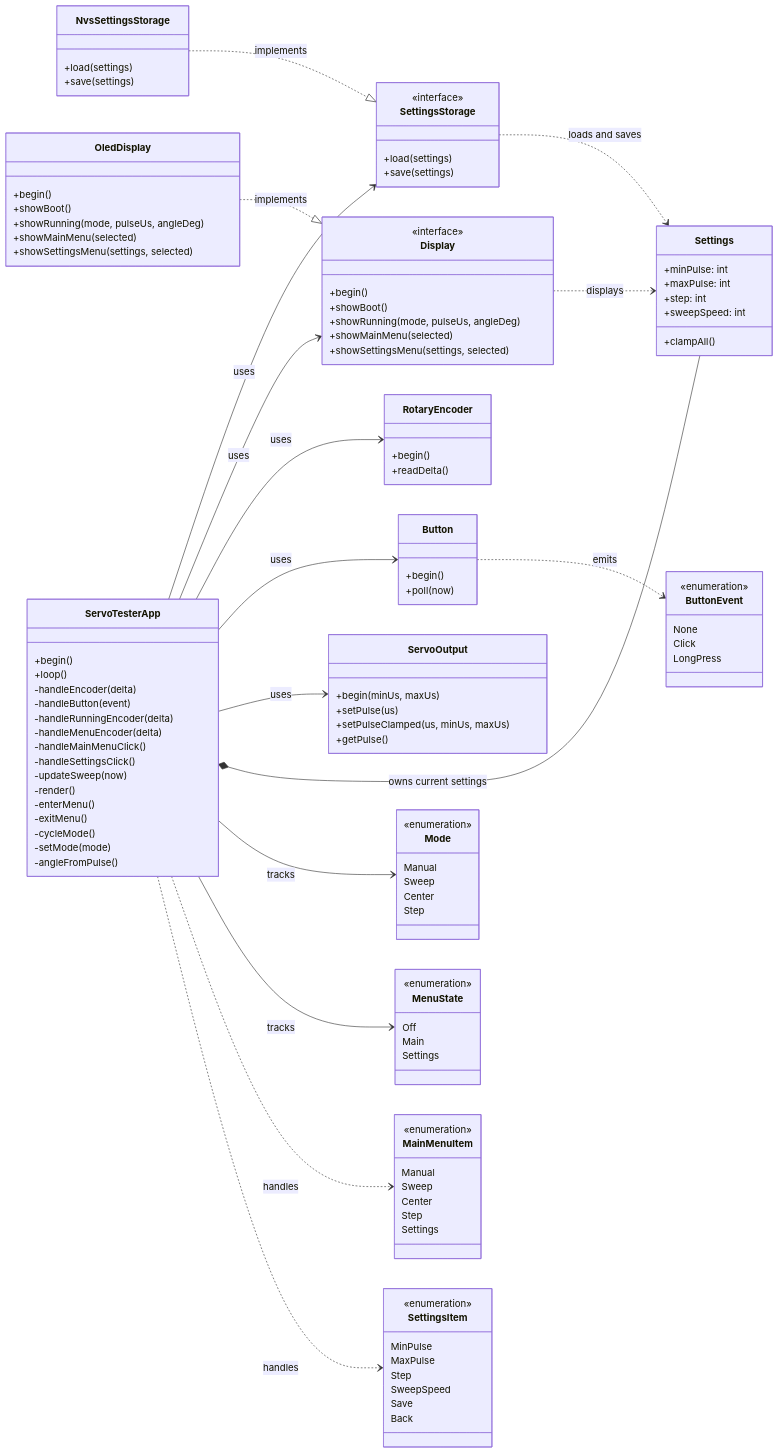
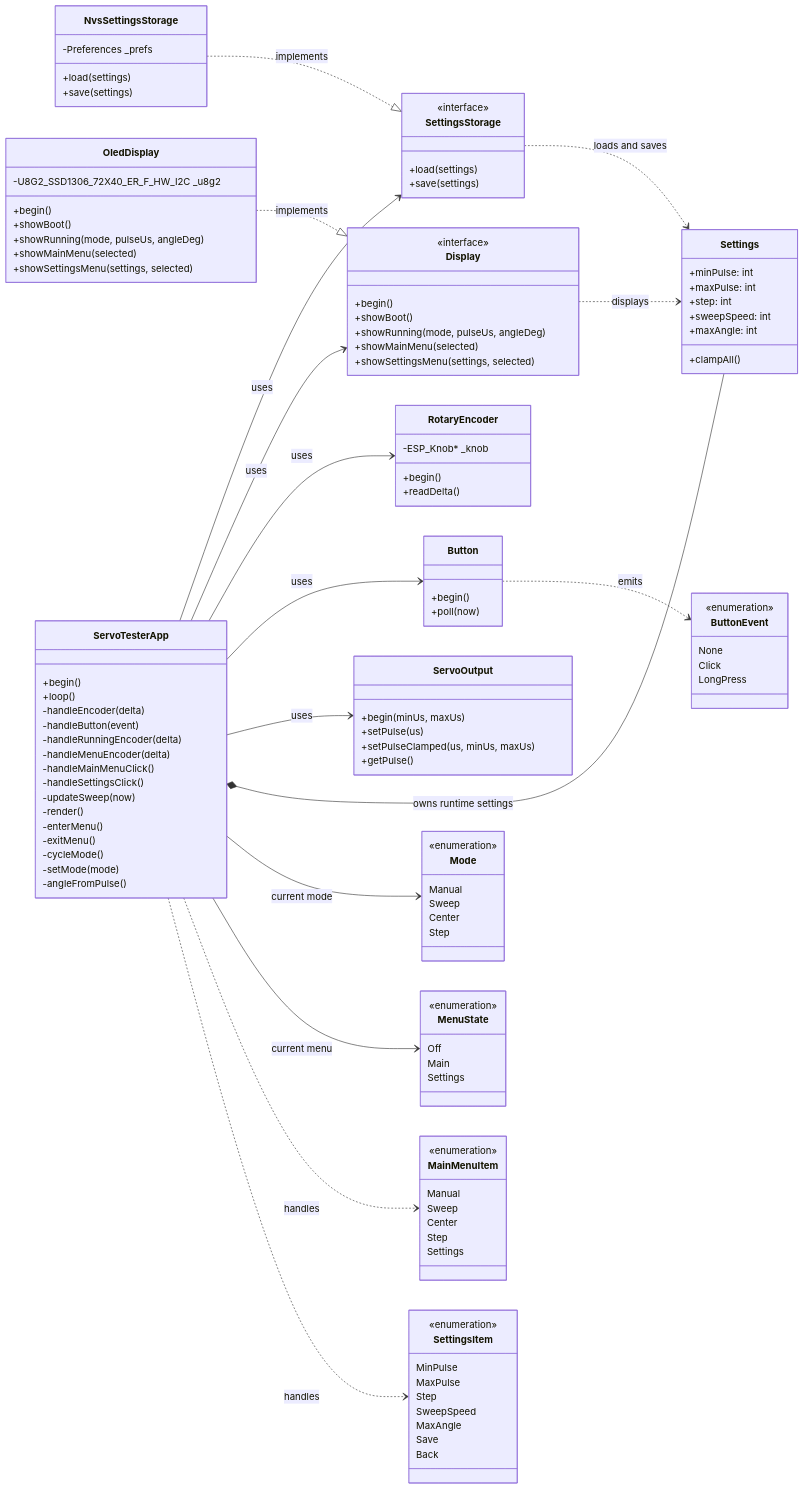
Before and after one commit to DKKivu/ServoTester: the second of 3 diagrams in DIAGRAMS.md, drawn with Mermaid. The commit also changed other lines of this file and 2 other files, not shown here.

```diff
--- a/DIAGRAMS.md
+++ b/DIAGRAMS.md
@@ -75,6 +75,7 @@
         +maxPulse: int
         +step: int
         +sweepSpeed: int
+        +maxAngle: int
         +clampAll()
     }
 
@@ -85,6 +86,7 @@
     }
 
     class NvsSettingsStorage {
+        -Preferences _prefs
         +load(settings)
         +save(settings)
     }
@@ -99,6 +101,7 @@
     }
 
     class OledDisplay {
+        -U8G2_SSD1306_72X40_ER_F_HW_I2C _u8g2
         +begin()
         +showBoot()
         +showRunning(mode, pulseUs, angleDeg)
@@ -107,6 +110,7 @@
     }
 
     class RotaryEncoder {
+        -ESP_Knob* _knob
         +begin()
         +readDelta()
     }
@@ -160,6 +164,7 @@
         MaxPulse
         Step
         SweepSpeed
+        MaxAngle
         Save
         Back
     }
@@ -171,9 +176,9 @@
     ServoTesterApp --> RotaryEncoder : uses
     ServoTesterApp --> Button : uses
     ServoTesterApp --> ServoOutput : uses
-    ServoTesterApp *-- Settings : owns current settings
-    ServoTesterApp --> Mode : tracks
-    ServoTesterApp --> MenuState : tracks
+    ServoTesterApp *-- Settings : owns runtime settings
+    ServoTesterApp --> Mode : current mode
+    ServoTesterApp --> MenuState : current menu
     ServoTesterApp ..> MainMenuItem : handles
     ServoTesterApp ..> SettingsItem : handles
     Button ..> ButtonEvent : emits
```
